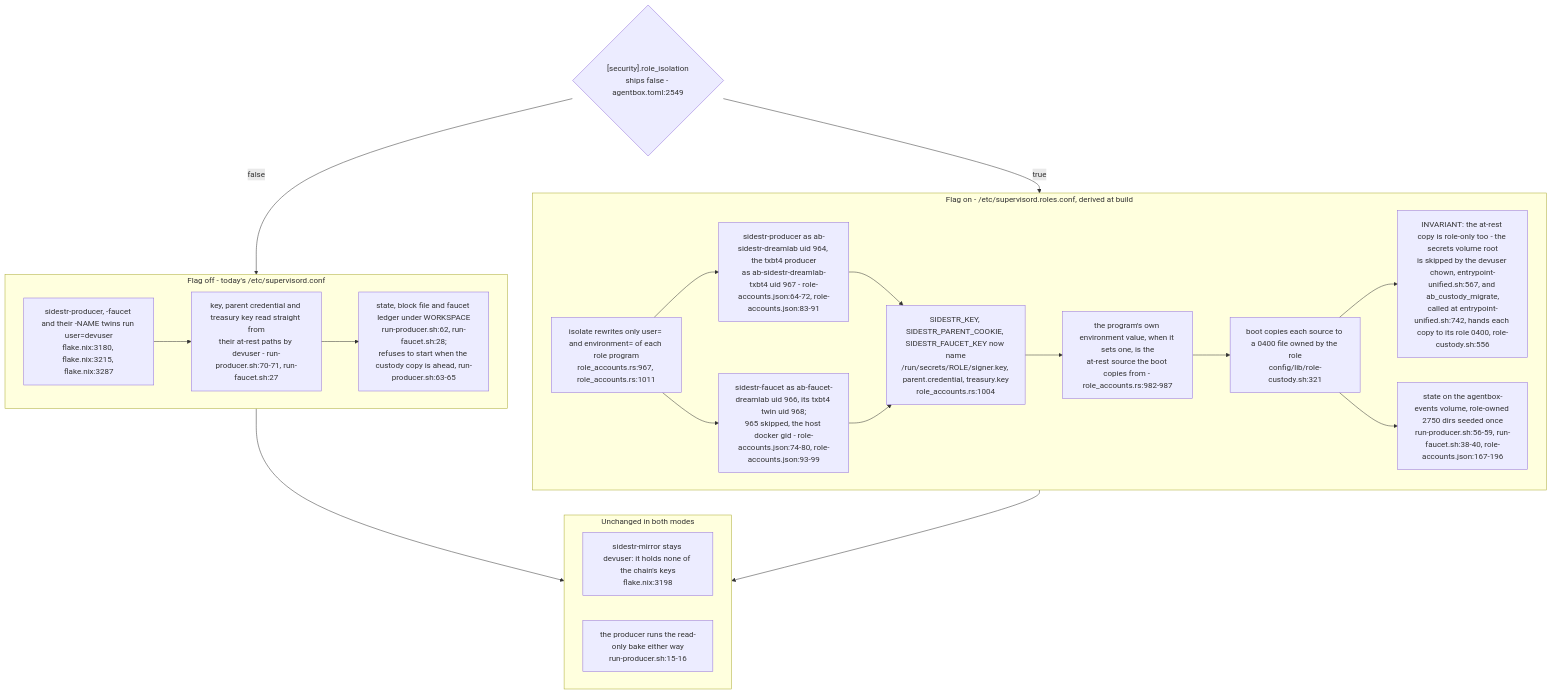
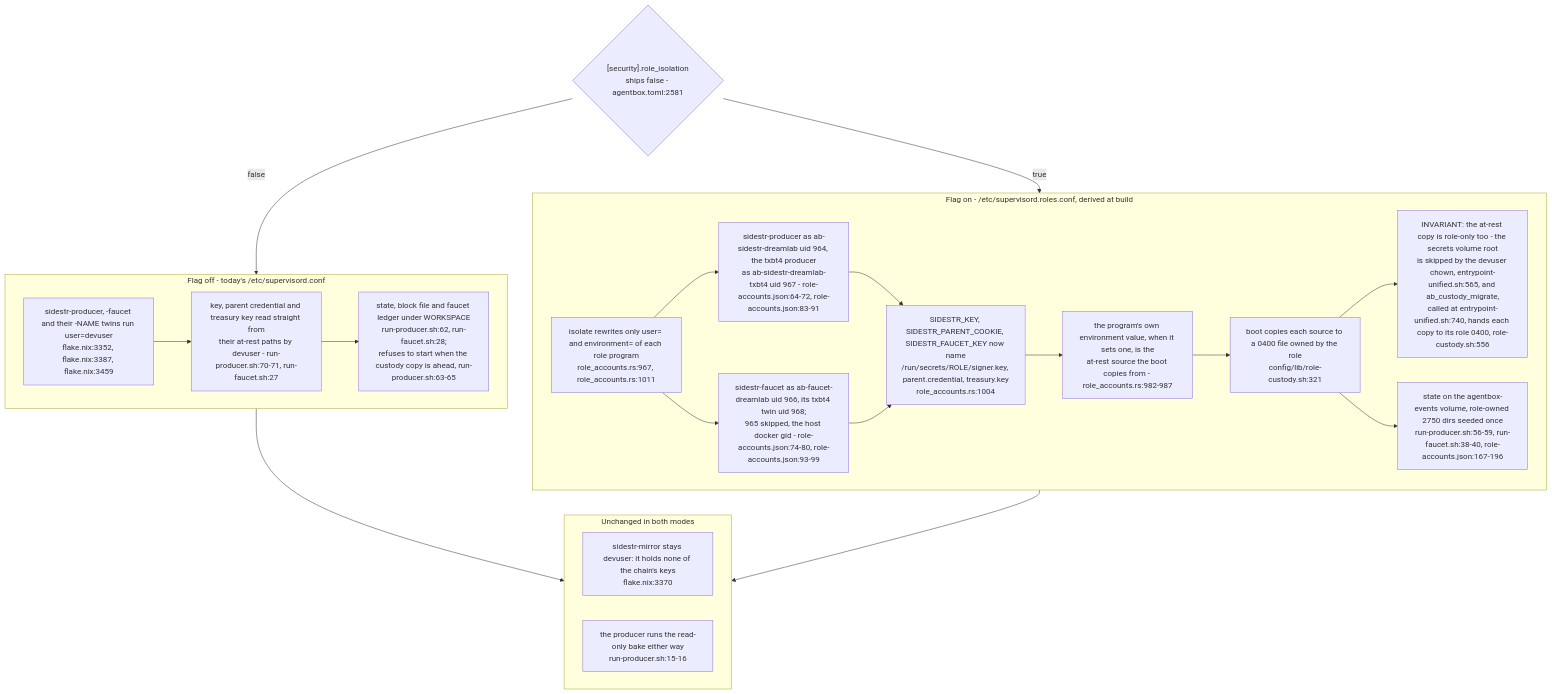
One commit to DreamLab-AI/VisionFlow changed the sixth of 6 diagrams in docs/diagrams/agentbox/34-sidestr-interim-producer-and-mirror.md. Above: the diagram before and after it, drawn with Mermaid. The commit also changed other lines of this file and 12 other files, not shown here.

````diff
--- a/docs/diagrams/agentbox/34-sidestr-interim-producer-and-mirror.md
+++ b/docs/diagrams/agentbox/34-sidestr-interim-producer-and-mirror.md
@@ -252,33 +253,33 @@
 ```mermaid
 flowchart TB
-    FLAG{"[security].role_isolation<br/>ships false - agentbox.toml:2549"}
+    FLAG{"[security].role_isolation<br/>ships false - agentbox.toml:2581"}
     subgraph off["Flag off - today's /etc/supervisord.conf"]
-        O1["sidestr-producer, -faucet and their -NAME twins run user=devuser<br/>flake.nix:3180, flake.nix:3215, flake.nix:3287"]
+        O1["sidestr-producer, -faucet and their -NAME twins run user=devuser<br/>flake.nix:3352, flake.nix:3387, flake.nix:3459"]
         O2["key, parent credential and treasury key read straight from<br/>their at-rest paths by devuser - run-producer.sh:70-71, run-faucet.sh:27"]
         O3["state, block file and faucet ledger under WORKSPACE<br/>run-producer.sh:62, run-faucet.sh:28;<br/>refuses to start when the custody copy is ahead, run-producer.sh:63-65"]
         O1 --> O2 --> O3
     end
     subgraph on["Flag on - /etc/supervisord.roles.conf, derived at build"]
         R1["isolate rewrites only user= and environment= of each role program<br/>role_accounts.rs:967, role_accounts.rs:1011"]
         R2["sidestr-producer as ab-sidestr-dreamlab uid 964, the txbt4 producer<br/>as ab-sidestr-dreamlab-txbt4 uid 967 - role-accounts.json:64-72, role-accounts.json:83-91"]
         R3["sidestr-faucet as ab-faucet-dreamlab uid 966, its txbt4 twin uid 968;<br/>965 skipped, the host docker gid - role-accounts.json:74-80, role-accounts.json:93-99"]
         R4["SIDESTR_KEY, SIDESTR_PARENT_COOKIE, SIDESTR_FAUCET_KEY now name<br/>/run/secrets/ROLE/signer.key, parent.credential, treasury.key<br/>role_accounts.rs:1004"]
         R5["the program's own environment value, when it sets one, is the<br/>at-rest source the boot copies from - role_accounts.rs:982-987"]
         R6["boot copies each source to a 0400 file owned by the role<br/>config/lib/role-custody.sh:321"]
-        R7["INVARIANT: the at-rest copy is role-only too - the secrets volume root<br/>is skipped by the devuser chown, entrypoint-unified.sh:567, and ab_custody_migrate,<br/>called at entrypoint-unified.sh:742, hands each copy to its role 0400, role-custody.sh:556"]
+        R7["INVARIANT: the at-rest copy is role-only too - the secrets volume root<br/>is skipped by the devuser chown, entrypoint-unified.sh:565, and ab_custody_migrate,<br/>called at entrypoint-unified.sh:740, hands each copy to its role 0400, role-custody.sh:556"]
         R8["state on the agentbox-events volume, role-owned 2750 dirs seeded once<br/>run-producer.sh:56-59, run-faucet.sh:38-40, role-accounts.json:167-196"]
         R6 --> R7
         R6 --> R8
         R1 --> R2 --> R4
         R1 --> R3 --> R4
         R4 --> R5 --> R6
     end
     subgraph same["Unchanged in both modes"]
-        U1["sidestr-mirror stays devuser: it holds none of the chain's keys<br/>flake.nix:3198"]
+        U1["sidestr-mirror stays devuser: it holds none of the chain's keys<br/>flake.nix:3370"]
         U2["the producer runs the read-only bake either way<br/>run-producer.sh:15-16"]
     end
     FLAG -->|false| off
     FLAG -->|true| on
     off --> same
     on --> same
 ```
````
